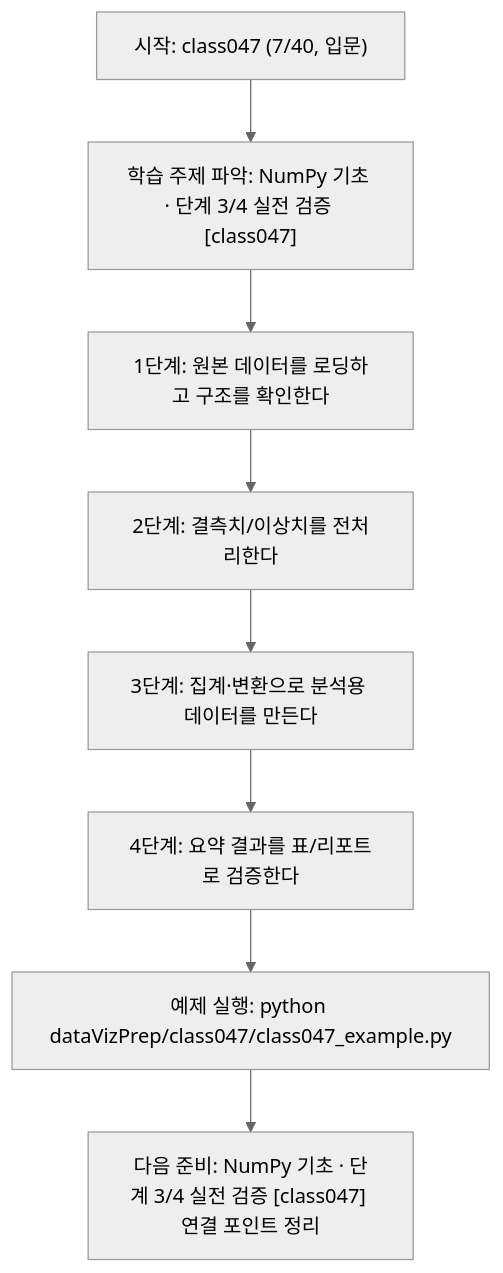
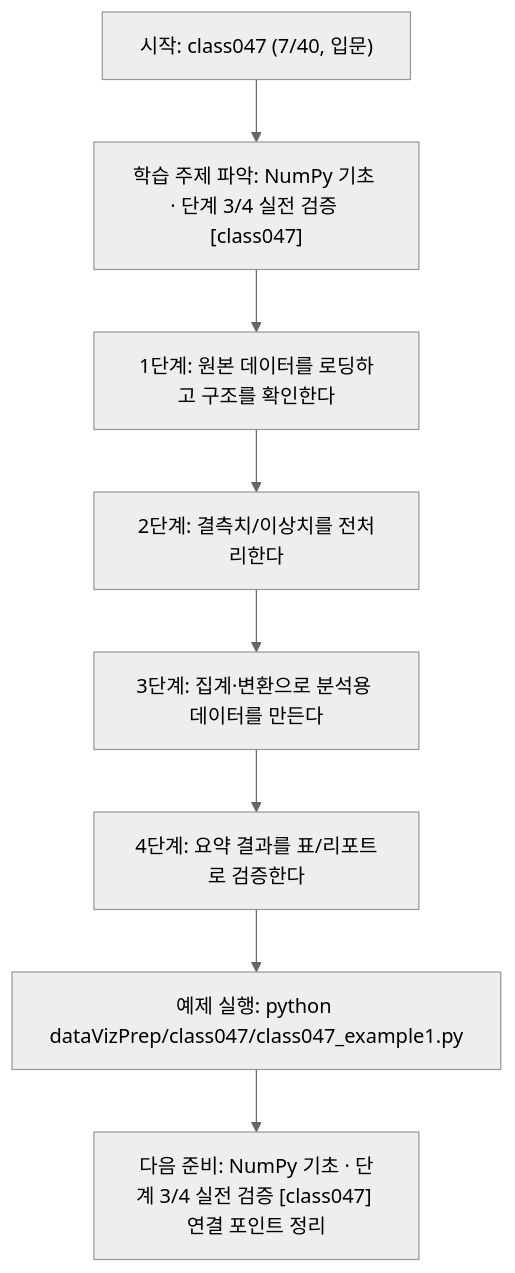
Before and after one commit to edumgt/Python-AI_Agent-Class: the diagram in dataVizPrep/class047/class047.md, drawn with Mermaid (neutral theme). The commit also changed other lines of this file and 2959 other files, not shown here.

````diff
--- a/dataVizPrep/class047/class047.md
+++ b/dataVizPrep/class047/class047.md
@@ -110,18 +110,18 @@
 ```mermaid
 flowchart TD
 N1["시작: class047 (7/40, 입문)"]
 N2["학습 주제 파악: NumPy 기초 · 단계 3/4 실전 검증 [class047]"]
 N3["1단계: 원본 데이터를 로딩하고 구조를 확인한다"]
 N4["2단계: 결측치/이상치를 전처리한다"]
 N5["3단계: 집계·변환으로 분석용 데이터를 만든다"]
 N6["4단계: 요약 결과를 표/리포트로 검증한다"]
-N7["예제 실행: python dataVizPrep/class047/class047_example.py"]
+N7["예제 실행: python dataVizPrep/class047/class047_example1.py"]
 N8["다음 준비: NumPy 기초 · 단계 3/4 실전 검증 [class047] 연결 포인트 정리"]
 N1 --> N2
 N2 --> N3
 N3 --> N4
 N4 --> N5
 N5 --> N6
 N6 --> N7
 N7 --> N8
 ```
````
